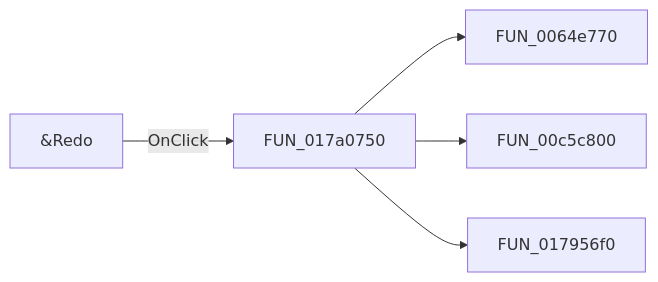
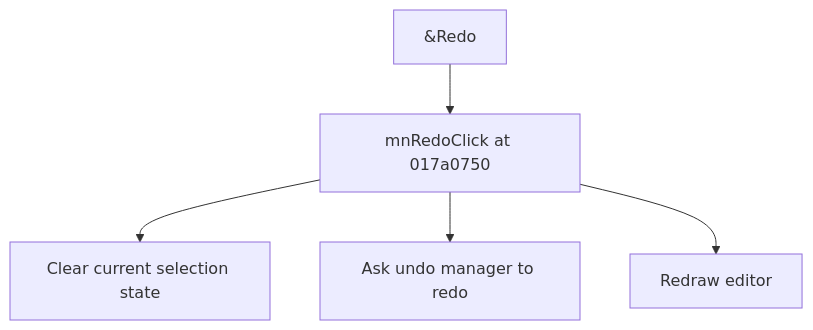
One commit to MovGP0/TIARA changed the diagram in docs/ui-controls/shapeedit/mnredo-bab54b02c2.md. Above: the diagram before and after it, drawn with Mermaid. The commit also changed other lines of this file and 1062 other files, not shown here.

````diff
--- a/docs/ui-controls/shapeedit/mnredo-bab54b02c2.md
+++ b/docs/ui-controls/shapeedit/mnredo-bab54b02c2.md
@@ -27,7 +25,7 @@
 ```mermaid
-flowchart LR
-    control["&Redo"] -->|OnClick| handler["FUN_017a0750"]
-    handler --> call1["FUN_0064e770"]
-    handler --> call2["FUN_00c5c800"]
-    handler --> call3["FUN_017956f0"]
+flowchart TD
+    control["&Redo"] --> handler["mnRedoClick at 017a0750"]
+    handler --> step1["Clear current selection state"]
+    handler --> step2["Ask undo manager to redo"]
+    handler --> step3["Redraw editor"]
 ```
````
